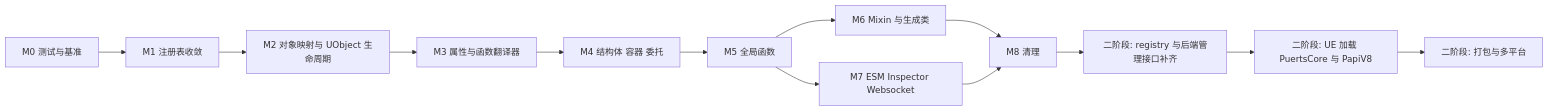
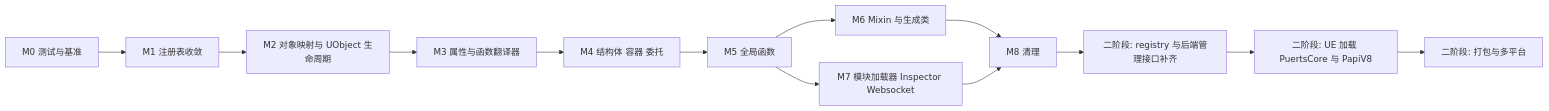
The second of 2 diagrams in doc/unreal/zhcn/papi_unification_design.md (Tencent/puerts), drawn with Mermaid before and after one commit. The commit also changed other lines of this file, not shown here.

````diff
--- a/doc/unreal/zhcn/papi_unification_design.md
+++ b/doc/unreal/zhcn/papi_unification_design.md
@@ -405,15 +495,15 @@
 ```mermaid
 flowchart LR
     M0["M0 测试与基准"] --> M1["M1 注册表收敛"]
     M1 --> M2["M2 对象映射与 UObject 生命周期"]
     M2 --> M3["M3 属性与函数翻译器"]
     M3 --> M4["M4 结构体 容器 委托"]
     M4 --> M5["M5 全局函数"]
     M5 --> M6["M6 Mixin 与生成类"]
-    M5 --> M7["M7 ESM Inspector Websocket"]
+    M5 --> M7["M7 模块加载器 Inspector Websocket"]
     M6 --> M8["M8 清理"]
     M7 --> M8
     M8 --> S2A["二阶段: registry 与后端管理接口补齐"]
     S2A --> S2B["二阶段: UE 加载 PuertsCore 与 PapiV8"]
     S2B --> S2C["二阶段: 打包与多平台"]
 ```
````
